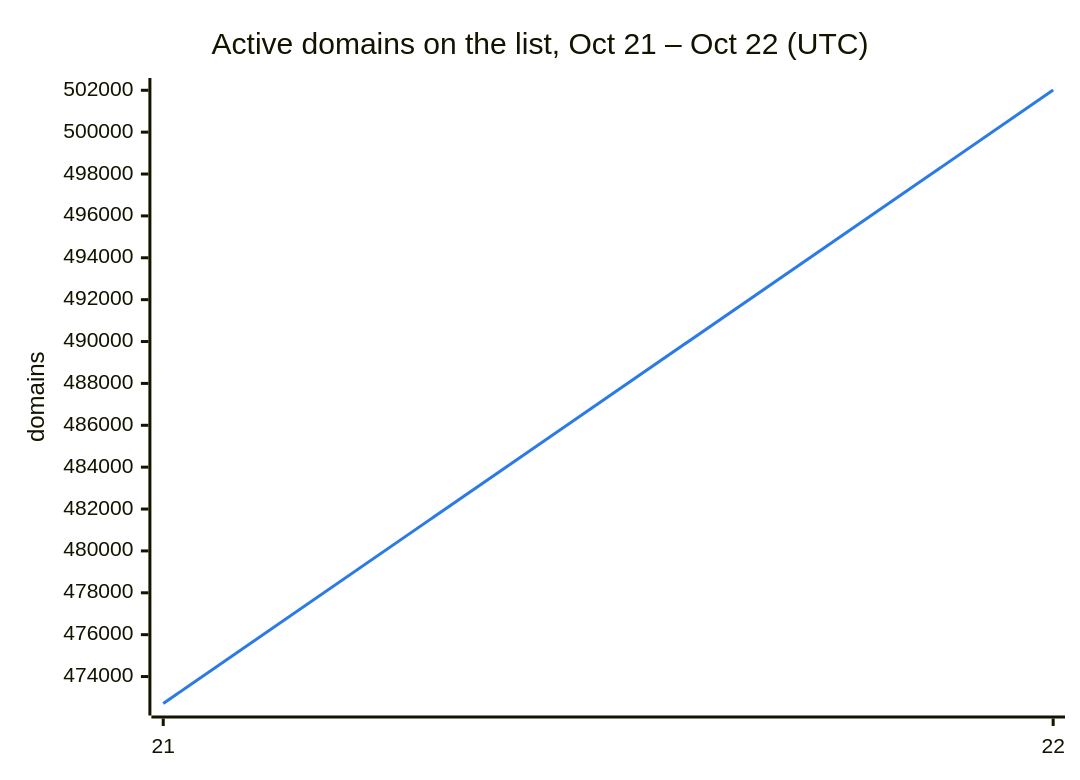
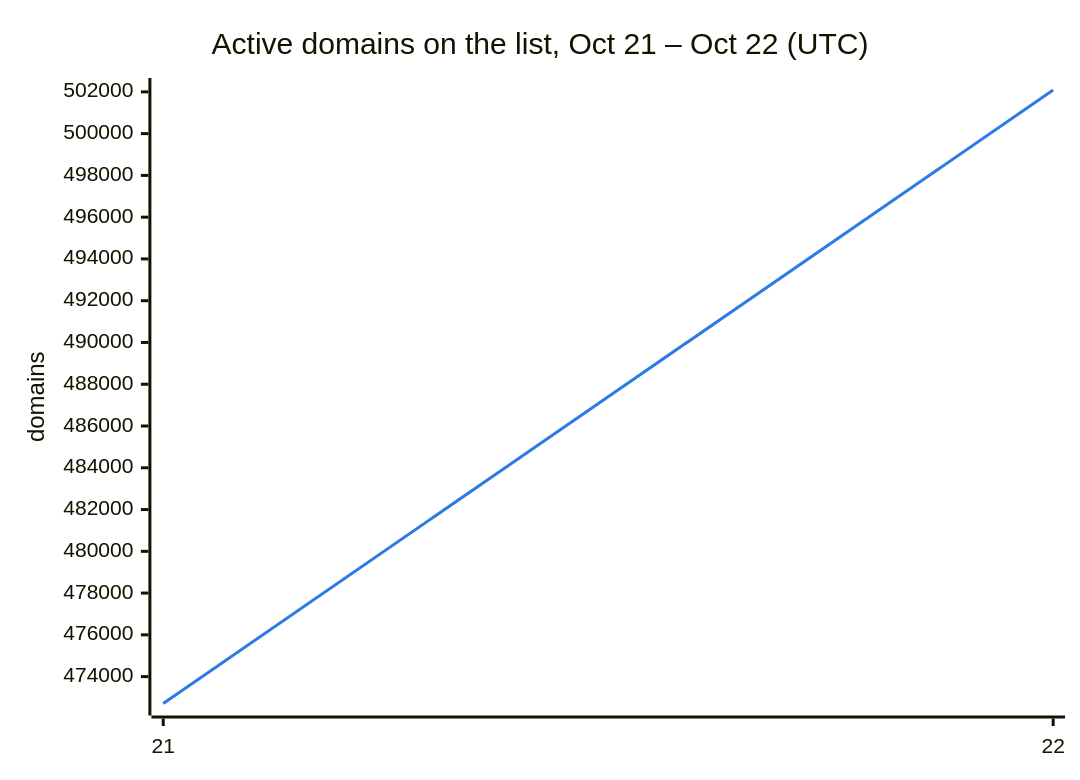
The second of 3 diagrams in README.md (DNSBunker/CTI), drawn with Mermaid before and after one commit. The commit also changed other lines of this file and 3 other files, not shown here.

````diff
--- a/README.md
+++ b/README.md
@@ -38,8 +38,8 @@
 ```mermaid
 %%{init: {"themeVariables": {"xyChart": {"plotColorPalette": "#2c7be5"}}}}%%
 xychart-beta
     title "Active domains on the list, Oct 21 – Oct 22 (UTC)"
     x-axis ["21", "22"]
     y-axis "domains"
-    line [472713, 502013]
+    line [472713, 502089]
 ```
````
